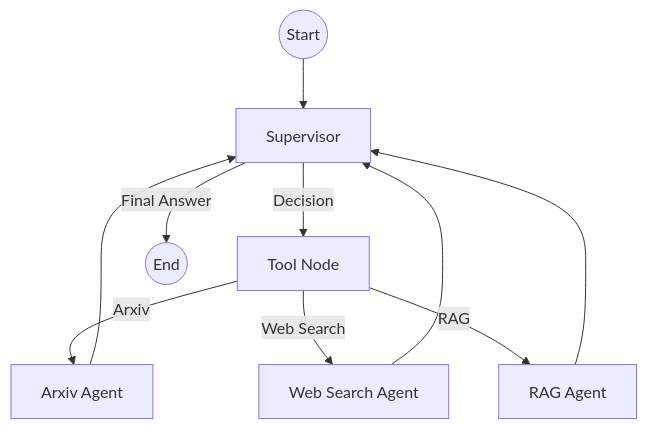
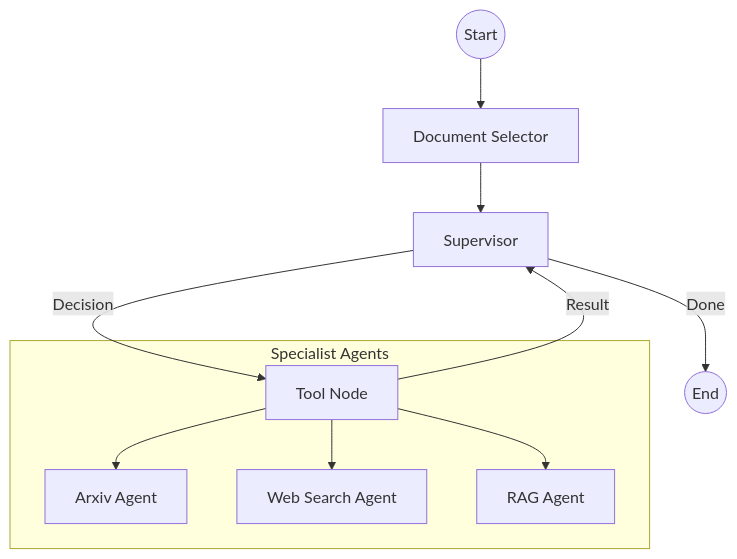
Before and after one commit to DevjeeVismay/multi-agent-research-system: the diagram in README.md, drawn with Mermaid. The commit also changed other lines of this file, not shown here.

Commit message:
Revise README for clarity and updated architecture
Updated README to reflect changes in architecture and features.

````diff
--- a/README.md
+++ b/README.md
@@ -19,12 +19,14 @@
 ```mermaid
 graph TD
-    START((Start)) --> SUP[Supervisor]
+    START((Start)) --> DS[Document Selector]
+    DS --> SUP[Supervisor]
     SUP --> |Decision| TOOLS[Tool Node]
-    TOOLS --> |Arxiv| AA[Arxiv Agent]
-    TOOLS --> |Web Search| WA[Web Search Agent]
-    TOOLS --> |RAG| RA[RAG Agent]
-    AA --> SUP
-    WA --> SUP
-    RA --> SUP
-    SUP --> |Final Answer| END((End))
+    TOOLS --> |Result| SUP
+    SUP --> |Done| END((End))
+
+    subgraph Specialist Agents
+        TOOLS --> AA[Arxiv Agent]
+        TOOLS --> WA[Web Search Agent]
+        TOOLS --> RA[RAG Agent]
+    end
 ```
````
